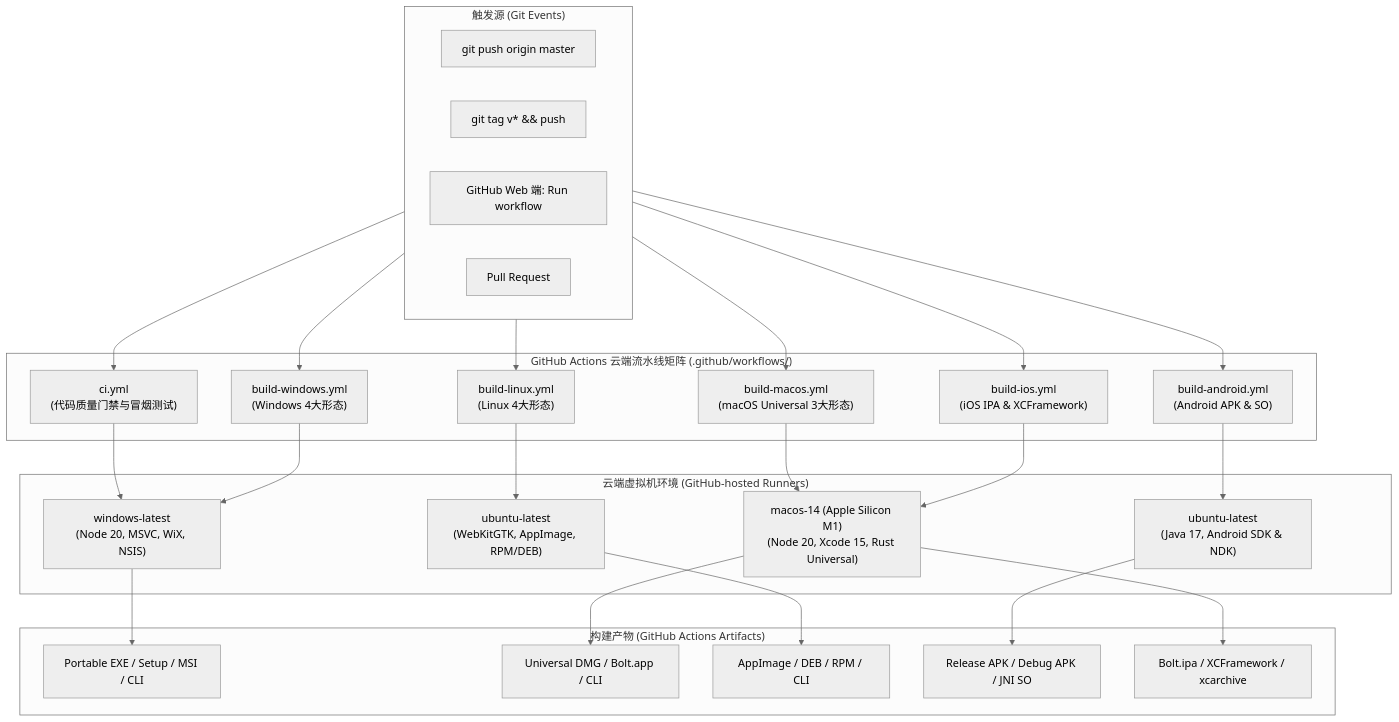
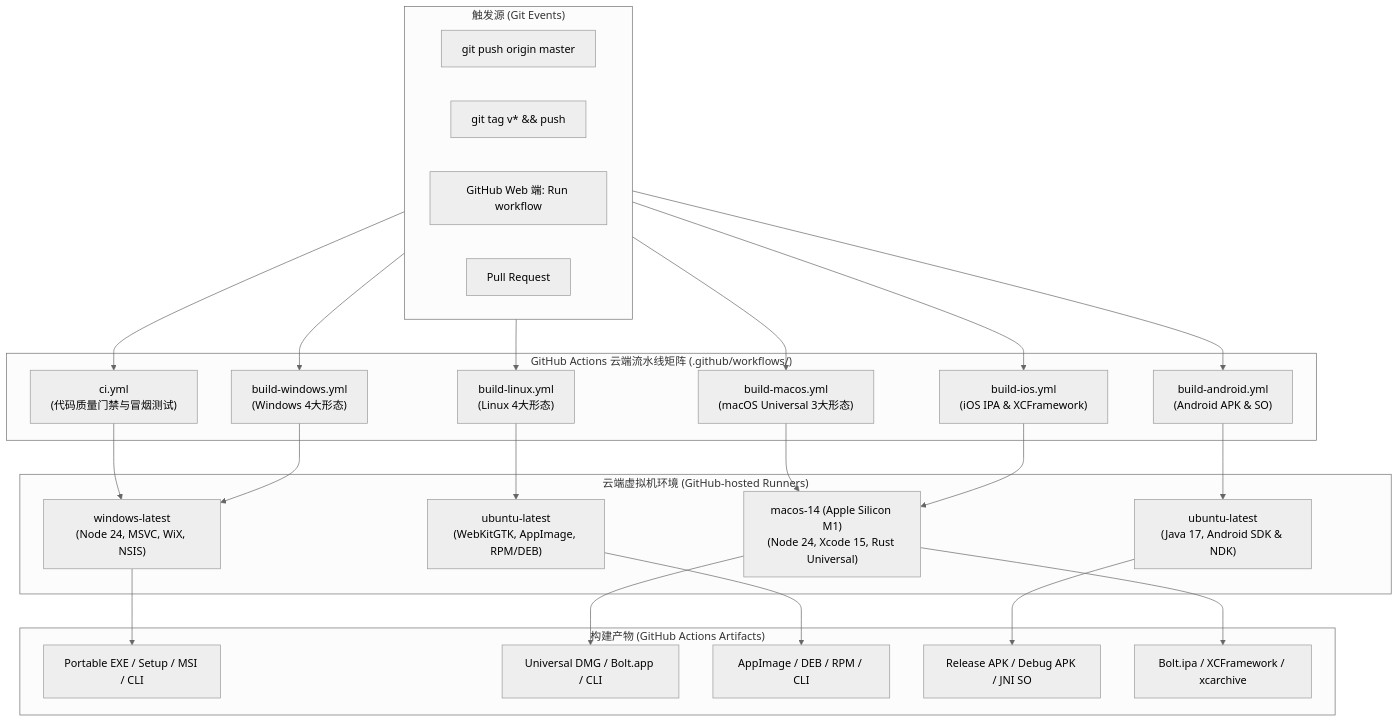
The diagram in docs/github_actions_guide.md (gengzhy/bolt), drawn with Mermaid (neutral theme) before and after one commit. The commit also changed other lines of this file and 3 other files, not shown here.

````diff
--- a/docs/github_actions_guide.md
+++ b/docs/github_actions_guide.md
@@ -11,47 +11,47 @@
 ```mermaid
 graph TD
     subgraph Triggers ["触发源 (Git Events)"]
         Push["git push origin master"]
         Tag["git tag v* && push"]
         Manual["GitHub Web 端: Run workflow"]
         PR["Pull Request"]
     end
 
     subgraph Workflows ["GitHub Actions 云端流水线矩阵 (.github/workflows/)"]
         CI["ci.yml<br/>(代码质量门禁与冒烟测试)"]
         Win["build-windows.yml<br/>(Windows 4大形态)"]
         Mac["build-macos.yml<br/>(macOS Universal 3大形态)"]
         Linux["build-linux.yml<br/>(Linux 4大形态)"]
         Android["build-android.yml<br/>(Android APK & SO)"]
         iOS["build-ios.yml<br/>(iOS IPA & XCFramework)"]
     end
 
     subgraph Runners ["云端虚拟机环境 (GitHub-hosted Runners)"]
-        R_Win["windows-latest<br/>(Node 20, MSVC, WiX, NSIS)"]
-        R_Mac["macos-14 (Apple Silicon M1)<br/>(Node 20, Xcode 15, Rust Universal)"]
+        R_Win["windows-latest<br/>(Node 24, MSVC, WiX, NSIS)"]
+        R_Mac["macos-14 (Apple Silicon M1)<br/>(Node 24, Xcode 15, Rust Universal)"]
         R_Linux["ubuntu-latest<br/>(WebKitGTK, AppImage, RPM/DEB)"]
         R_Android["ubuntu-latest<br/>(Java 17, Android SDK & NDK)"]
     end
 
     subgraph Artifacts ["构建产物 (GitHub Actions Artifacts)"]
         A_Win["Portable EXE / Setup / MSI / CLI"]
         A_Mac["Universal DMG / Bolt.app / CLI"]
         A_Linux["AppImage / DEB / RPM / CLI"]
         A_Android["Release APK / Debug APK / JNI SO"]
         A_iOS["Bolt.ipa / XCFramework / xcarchive"]
     end
 
     Triggers --> CI
     Triggers --> Win
     Triggers --> Mac
     Triggers --> Linux
     Triggers --> Android
     Triggers --> iOS
 
     CI --> R_Win
     Win --> R_Win --> A_Win
     Mac --> R_Mac --> A_Mac
     Linux --> R_Linux --> A_Linux
     Android --> R_Android --> A_Android
     iOS --> R_Mac --> A_iOS
 ```
````
